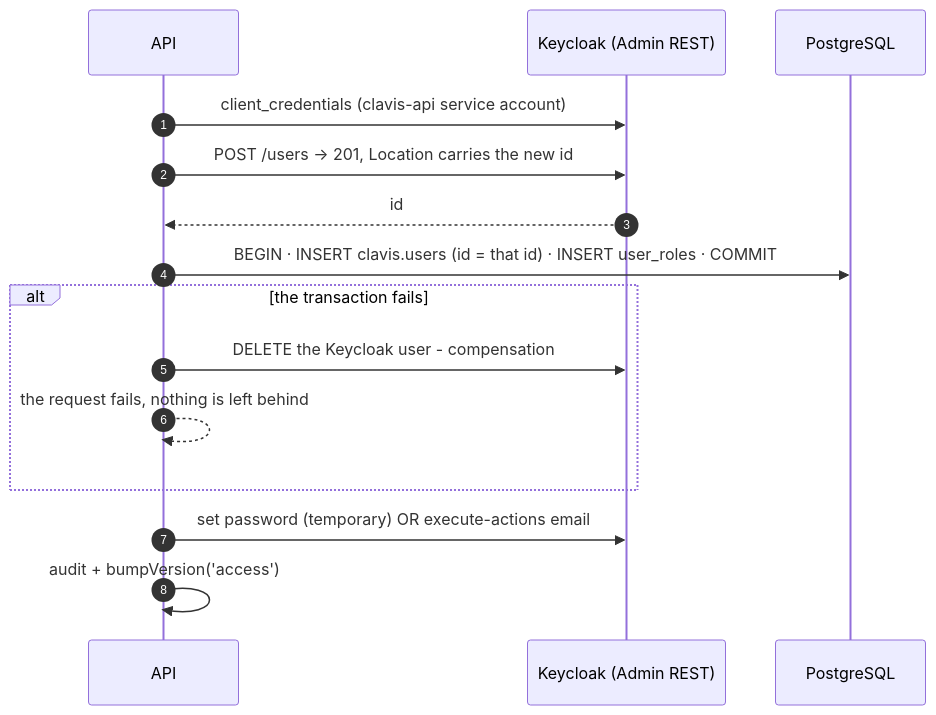
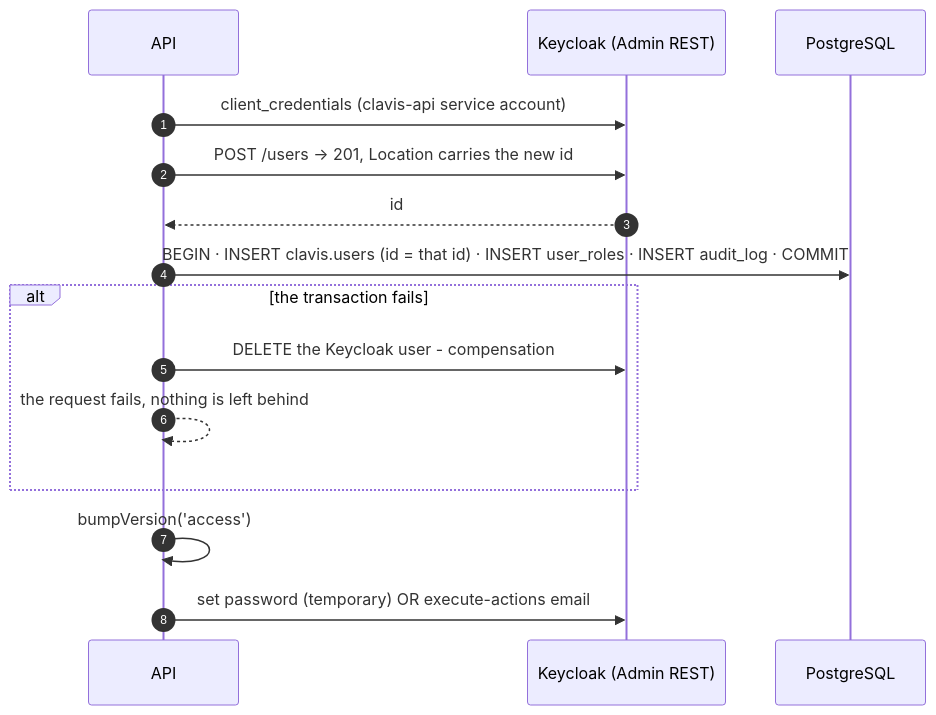
One commit to mapineda48/clavis changed the fourth of 4 diagrams in docs/access-control.md. Above: the diagram before and after it, drawn with Mermaid. The commit also changed other lines of this file and 1 other file, not shown here.

````diff
--- a/docs/access-control.md
+++ b/docs/access-control.md
@@ -441,18 +441,18 @@
 ```mermaid
 sequenceDiagram
     autonumber
     participant A as API
     participant K as Keycloak (Admin REST)
     participant P as PostgreSQL
 
     A->>K: client_credentials (clavis-api service account)
     A->>K: POST /users  -> 201, Location carries the new id
     K-->>A: id
-    A->>P: BEGIN · INSERT clavis.users (id = that id) · INSERT user_roles · COMMIT
+    A->>P: BEGIN · INSERT clavis.users (id = that id) · INSERT user_roles · INSERT audit_log · COMMIT
     alt the transaction fails
         A->>K: DELETE the Keycloak user - compensation
         A-->>A: the request fails, nothing is left behind
     end
+    A->>A: bumpVersion('access')
     A->>K: set password (temporary) OR execute-actions email
-    A->>A: audit + bumpVersion('access')
 ```
````
